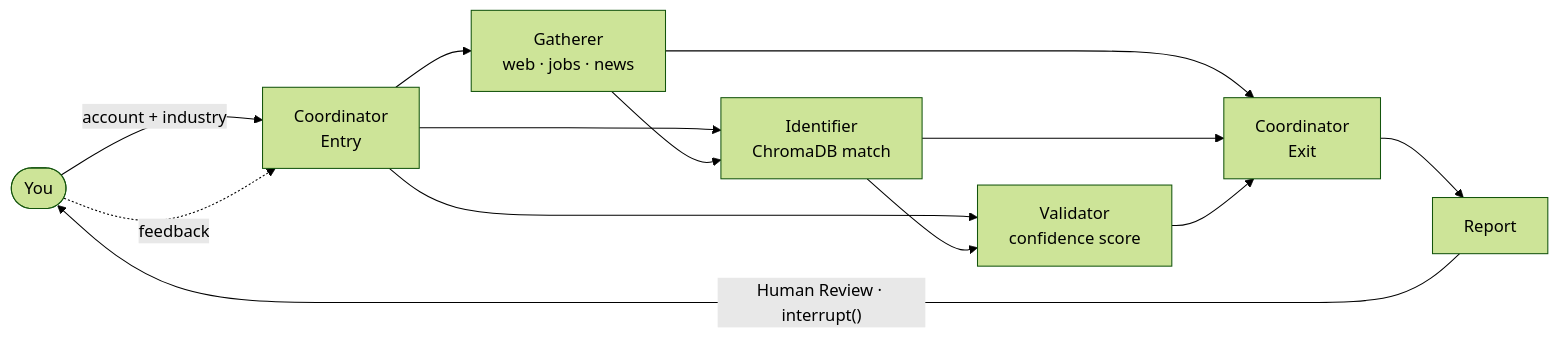
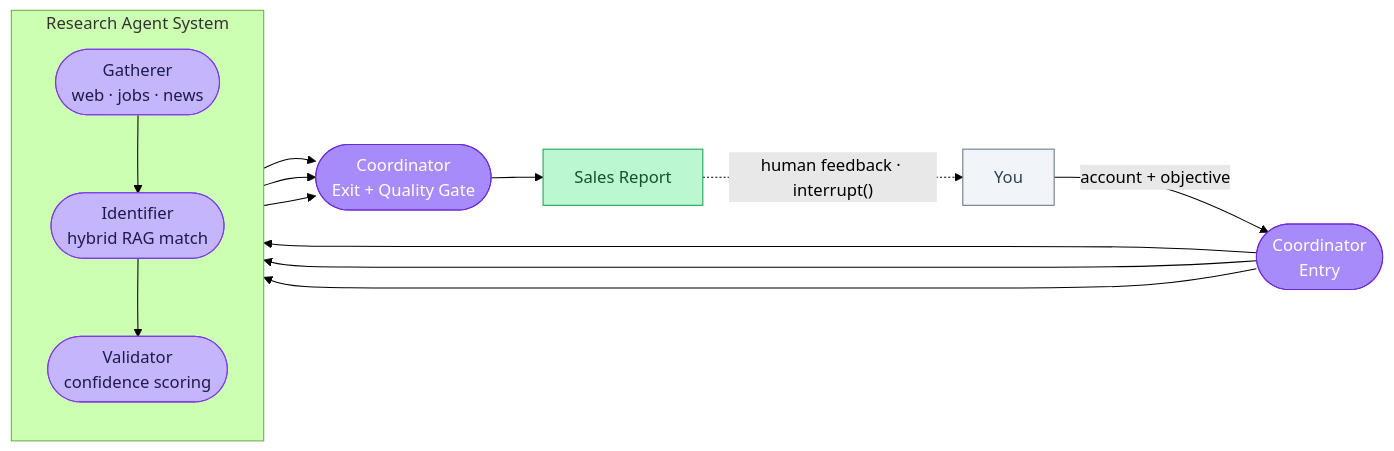
The diagram in readme.md (MahaveerSatra/SalesStrategy_AgentTeam), drawn with Mermaid (forest theme) before and after one commit. The commit also changed other lines of this file and 11 other files, not shown here.

````diff
--- a/readme.md
+++ b/readme.md
@@ -36,23 +35,27 @@
 ```mermaid
 flowchart LR
-    You(["You"])
-    CE["Coordinator\nEntry"]
-    G["Gatherer\nweb · jobs · news"]
-    I["Identifier\nChromaDB match"]
-    V["Validator\nconfidence score"]
-    CX["Coordinator\nExit"]
-    R["Report"]
+    YOU["You"]:::io
 
-    You -->|"account + industry"| CE
-    CE --> G
-    CE --> I
-    CE --> V
-    G --> I
-    I --> V
-    G --> CX
-    I --> CX
-    V --> CX
-    CX --> R
-    R -->|"Human Review · interrupt()"| You
-    You -.->|"feedback"| CE
+    subgraph CORE ["  Research Agent System  "]
+        direction TB
+        G(["Gatherer\nweb · jobs · news"]):::agent
+        I(["Identifier\nhybrid RAG match"]):::agent
+        V(["Validator\nconfidence scoring"]):::agent
+        G --> I --> V
+    end
+
+    CE(["Coordinator\nEntry"]):::coord
+    CX(["Coordinator\nExit + Quality Gate"]):::coord
+    RPT["Sales Report"]:::report
+
+    YOU -->|"account + objective"| CE
+    CE --> G & I & V
+    G & I & V --> CX
+    CX --> RPT
+    RPT -.->|"human feedback · interrupt()"| YOU
+
+    classDef agent  fill:#c4b5fd,stroke:#7c3aed,color:#1e1b4b
+    classDef coord  fill:#a78bfa,stroke:#6d28d9,color:#ffffff
+    classDef io     fill:#f1f5f9,stroke:#64748b,color:#334155
+    classDef report fill:#bbf7d0,stroke:#16a34a,color:#14532d
 ```
````
